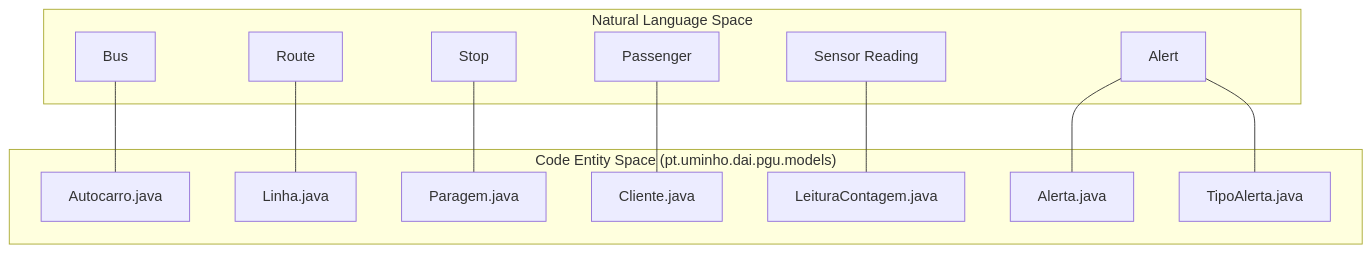
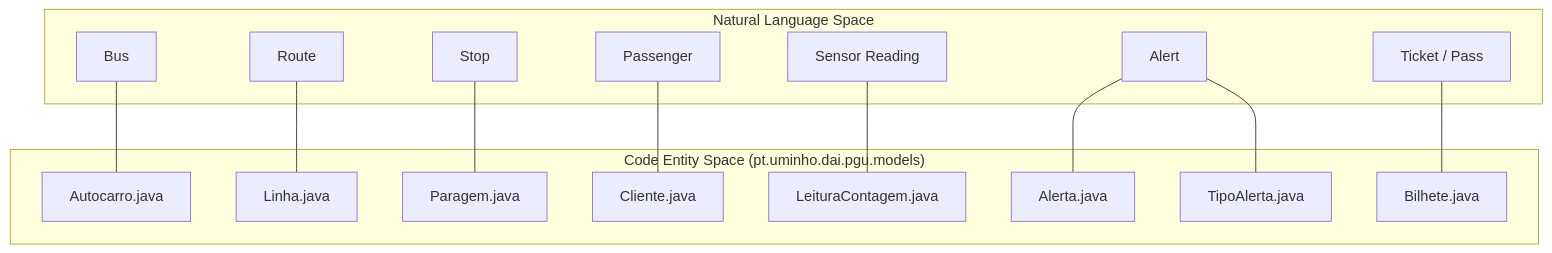
The first of 3 diagrams in Wiki/06-Modelos-de-Dominio.md (afonso4machado-a11y/pgu-tub-dai), drawn with Mermaid before and after one commit. The commit also changed other lines of this file and 5 other files, not shown here.

Commit message:
Update Wiki with new Stripe payment architecture

````diff
--- a/Wiki/06-Modelos-de-Dominio.md
+++ b/Wiki/06-Modelos-de-Dominio.md
@@ -13,29 +13,32 @@
 ```mermaid
 graph TD
     subgraph "Natural Language Space"
         A_NL["Bus"]
         L_NL["Route"]
         S_NL["Stop"]
         U_NL["Passenger"]
         R_NL["Sensor Reading"]
         AL_NL["Alert"]
+        B_NL["Ticket / Pass"]
     end
 
     subgraph "Code Entity Space (pt.uminho.dai.pgu.models)"
         A_CE["Autocarro.java"]
         L_CE["Linha.java"]
         S_CE["Paragem.java"]
         U_CE["Cliente.java"]
         R_CE["LeituraContagem.java"]
         AL_CE["Alerta.java"]
         T_CE["TipoAlerta.java"]
+        B_CE["Bilhete.java"]
     end
 
     A_NL --- A_CE
     L_NL --- L_CE
     S_NL --- S_CE
     U_NL --- U_CE
     R_NL --- R_CE
     AL_NL --- AL_CE
     AL_NL --- T_CE
+    B_NL --- B_CE
 ```
````
